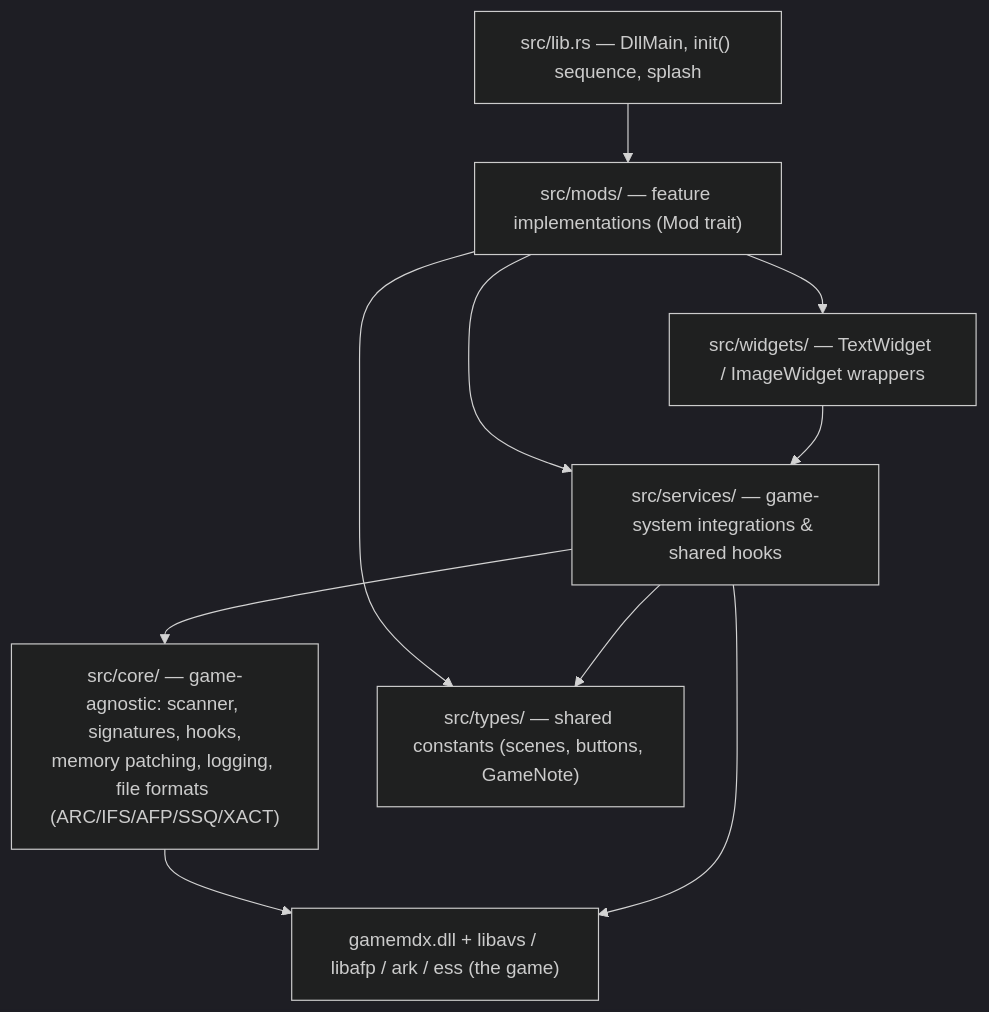
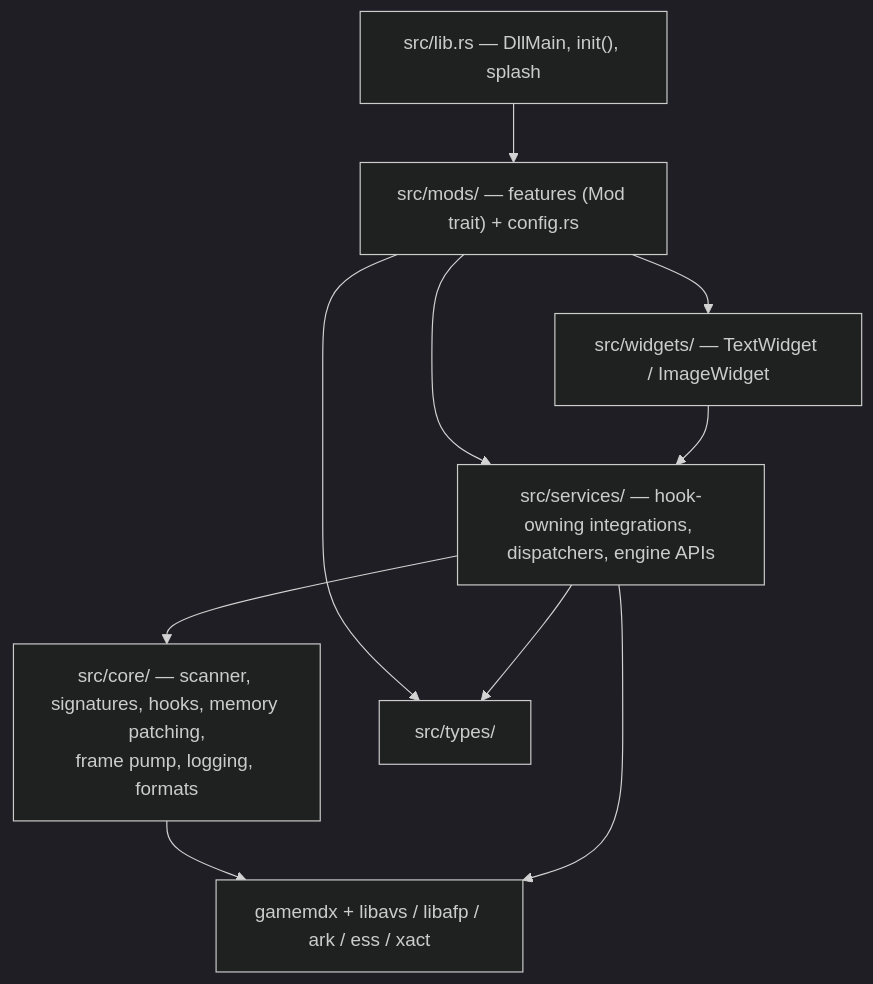
One commit to skogaby/ddr-world-universal-modpack changed the first of 3 diagrams in .agents/summary/architecture.md. Above: the diagram before and after it, drawn with Mermaid (dark theme). The commit also changed other lines of this file and 46 other files, not shown here.

````diff
--- a/.agents/summary/architecture.md
+++ b/.agents/summary/architecture.md
@@ -11,17 +11,15 @@
 ```mermaid
 graph TD
-    LIB["src/lib.rs — DllMain, init() sequence, splash"]
-    MODS["src/mods/ — feature implementations (Mod trait)"]
-    WID["src/widgets/ — TextWidget / ImageWidget wrappers"]
-    SVC["src/services/ — game-system integrations & shared hooks"]
-    CORE["src/core/ — game-agnostic: scanner, signatures, hooks,\nmemory patching, logging, file formats (ARC/IFS/AFP/SSQ/XACT)"]
-    TYPES["src/types/ — shared constants (scenes, buttons, GameNote)"]
-    GAME["gamemdx.dll + libavs / libafp / ark / ess (the game)"]
-
-    LIB --> MODS --> SVC --> CORE
+    LIB["src/lib.rs — DllMain, init(), splash"]
+    MODS["src/mods/ — features (Mod trait) + config.rs"]
+    WID["src/widgets/ — TextWidget / ImageWidget"]
+    SVC["src/services/ — hook-owning integrations, dispatchers, engine APIs"]
+    CORE["src/core/ — scanner, signatures, hooks, memory patching,<br/>frame pump, logging, formats"]
+    TYPES["src/types/"]
+    GAME["gamemdx + libavs / libafp / ark / ess / xact"]
+    LIB --> MODS --> SVC --> CORE --> GAME
     MODS --> WID --> SVC
     MODS --> TYPES
     SVC --> TYPES
-    CORE --> GAME
     SVC --> GAME
 ```
````
